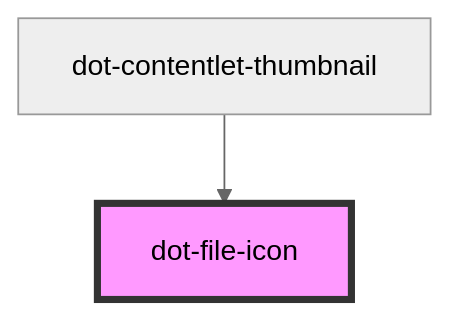
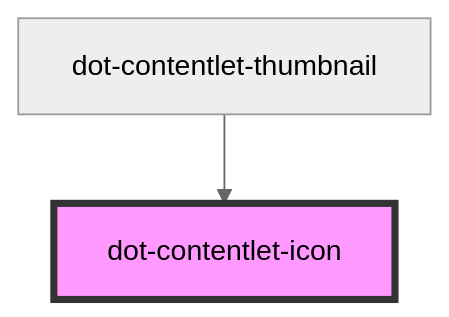
Before and after one commit to dotCMS/dotcms-webcomponents: the diagram in src/elements/dot-contentlet-icon/readme.md, drawn with Mermaid (neutral theme). The commit also changed other lines of this file and 6 other files, not shown here.

````diff
--- a/src/elements/dot-contentlet-icon/readme.md
+++ b/src/elements/dot-contentlet-icon/readme.md
@@ -22,5 +23,5 @@
 ```mermaid
 graph TD;
-  dot-contentlet-thumbnail --> dot-file-icon
-  style dot-file-icon fill:#f9f,stroke:#333,stroke-width:4px
+  dot-contentlet-thumbnail --> dot-contentlet-icon
+  style dot-contentlet-icon fill:#f9f,stroke:#333,stroke-width:4px
 ```
````
